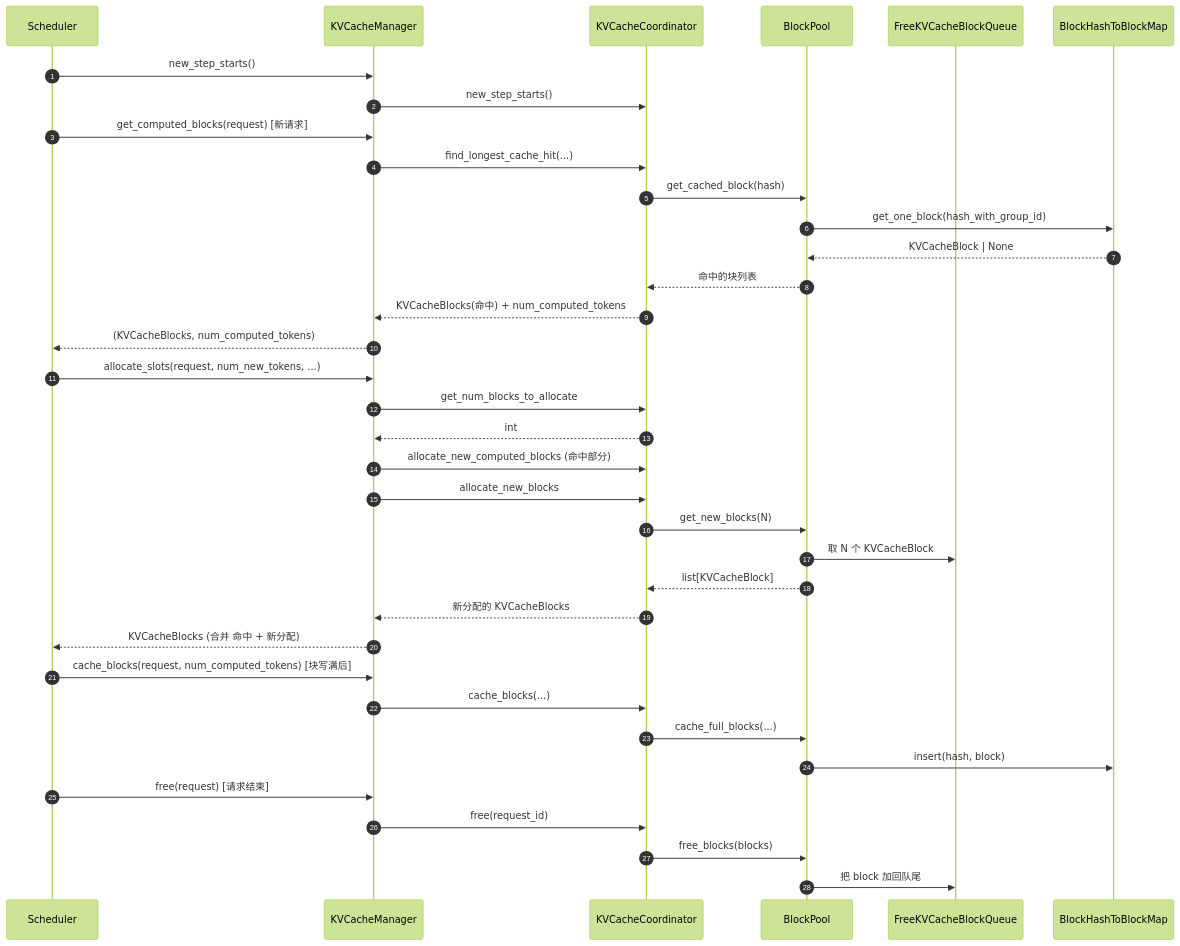
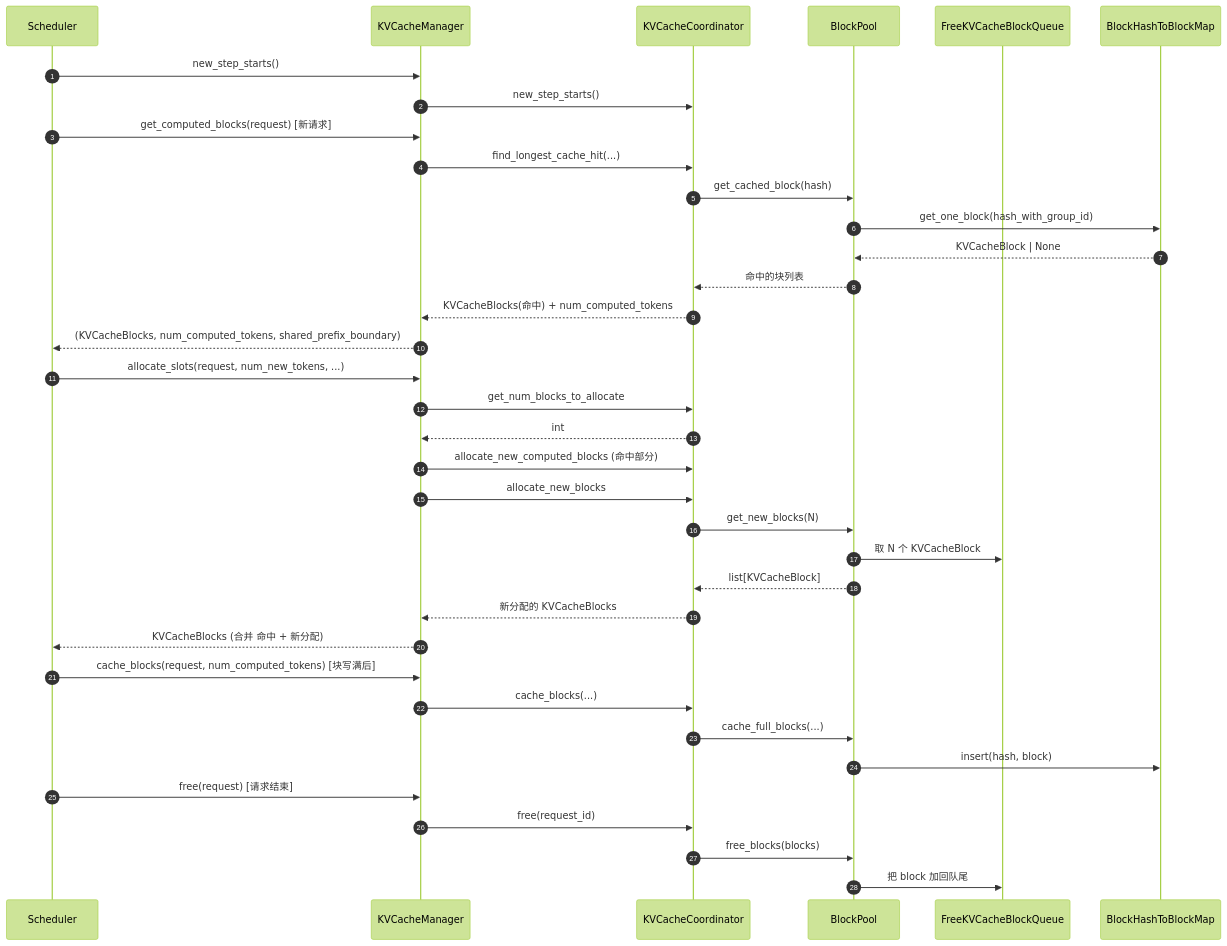
Before and after one commit to learning-sketch/wiki: the third of 3 diagrams in vllm/entities/KVCacheManager.md, drawn with Mermaid (forest theme). The commit also changed other lines of this file and 7 other files, not shown here.

Commit message:
increment: vLLM Scheduler/KVCacheManager entities + prefix-cache/request-lifecycle/kv-connector/spec-decode-eagle topics + overview/index to d29dc3ab

````diff
--- a/vllm/entities/KVCacheManager.md
+++ b/vllm/entities/KVCacheManager.md
@@ -304,43 +324,43 @@
 ```mermaid
 sequenceDiagram
     autonumber
     participant Sch as Scheduler
     participant KVM as KVCacheManager
     participant Co as KVCacheCoordinator
     participant BP as BlockPool
     participant FQ as FreeKVCacheBlockQueue
     participant Hash as BlockHashToBlockMap
 
     Sch->>KVM: new_step_starts()
     KVM->>Co: new_step_starts()
 
     Sch->>KVM: get_computed_blocks(request) [新请求]
     KVM->>Co: find_longest_cache_hit(...)
     Co->>BP: get_cached_block(hash)
     BP->>Hash: get_one_block(hash_with_group_id)
     Hash-->>BP: KVCacheBlock | None
     BP-->>Co: 命中的块列表
     Co-->>KVM: KVCacheBlocks(命中) + num_computed_tokens
-    KVM-->>Sch: (KVCacheBlocks, num_computed_tokens)
+    KVM-->>Sch: (KVCacheBlocks, num_computed_tokens, shared_prefix_boundary)
 
     Sch->>KVM: allocate_slots(request, num_new_tokens, ...)
     KVM->>Co: get_num_blocks_to_allocate
     Co-->>KVM: int
     KVM->>Co: allocate_new_computed_blocks (命中部分)
     KVM->>Co: allocate_new_blocks
     Co->>BP: get_new_blocks(N)
     BP->>FQ: 取 N 个 KVCacheBlock
     BP-->>Co: list[KVCacheBlock]
     Co-->>KVM: 新分配的 KVCacheBlocks
     KVM-->>Sch: KVCacheBlocks (合并 命中 + 新分配)
 
     Sch->>KVM: cache_blocks(request, num_computed_tokens) [块写满后]
     KVM->>Co: cache_blocks(...)
     Co->>BP: cache_full_blocks(...)
     BP->>Hash: insert(hash, block)
 
     Sch->>KVM: free(request) [请求结束]
     KVM->>Co: free(request_id)
     Co->>BP: free_blocks(blocks)
     BP->>FQ: 把 block 加回队尾
 ```
````
